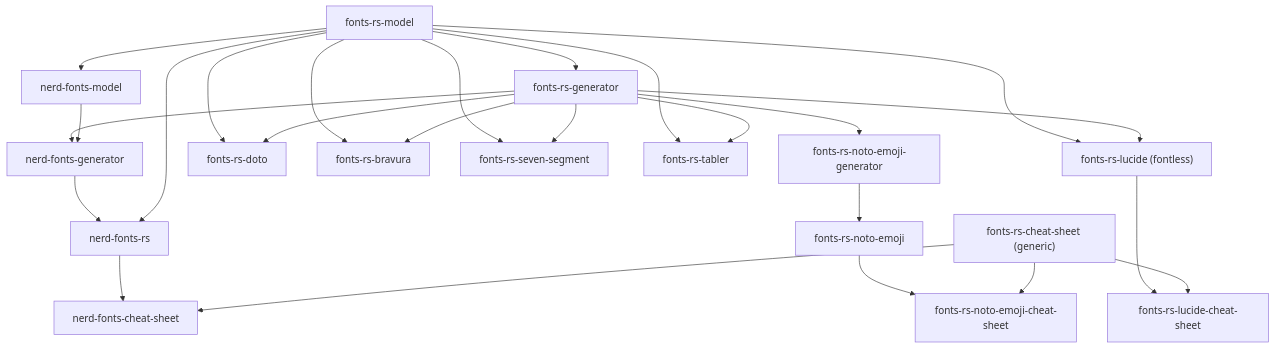
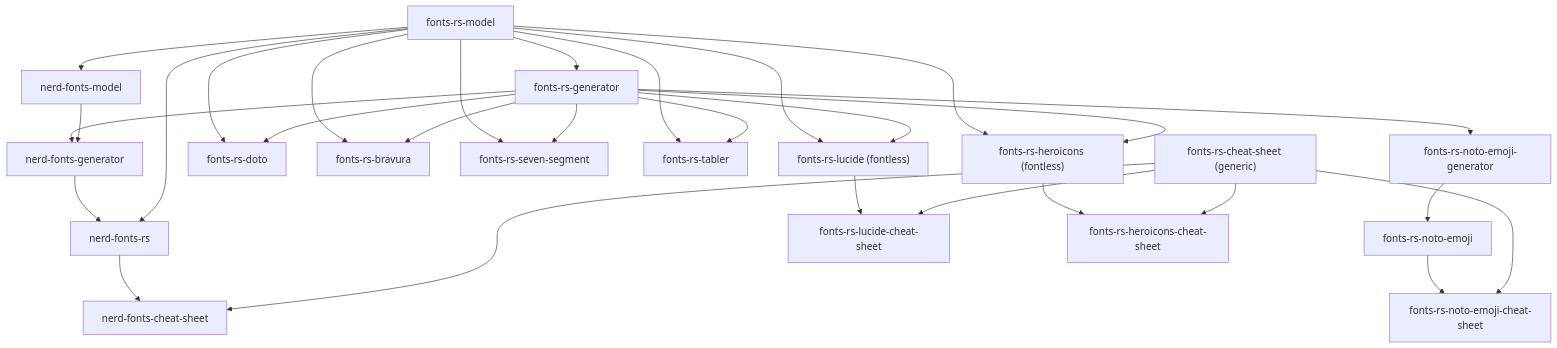
Before and after one commit to smearor/fonts-rs: the first of 3 diagrams in book/src/architecture.md, drawn with Mermaid. The commit also changed other lines of this file and 2 other files, not shown here.

````diff
--- a/book/src/architecture.md
+++ b/book/src/architecture.md
@@ -16,31 +16,35 @@
 ```mermaid
 graph TD
     Model["fonts-rs-model"] --> Gen["fonts-rs-generator"]
     Model --> NFModel["nerd-fonts-model"]
     Gen --> NFGen["nerd-fonts-generator"]
     NFModel --> NFGen
     Gen --> NotoGen["fonts-rs-noto-emoji-generator"]
 
     Model --> Doto["fonts-rs-doto"]
     Gen --> Doto
     Model --> Bravura["fonts-rs-bravura"]
     Gen --> Bravura
     Model --> Seven["fonts-rs-seven-segment"]
     Gen --> Seven
     Model --> Tabler["fonts-rs-tabler"]
     Gen --> Tabler
     Model --> Lucide["fonts-rs-lucide (fontless)"]
     Gen --> Lucide
+    Model --> Heroicons["fonts-rs-heroicons (fontless)"]
+    Gen --> Heroicons
 
     NotoGen --> NotoEmoji["fonts-rs-noto-emoji"]
     NFGen --> NFRs["nerd-fonts-rs"]
     Model --> NFRs
 
     CheatSheet["fonts-rs-cheat-sheet (generic)"]
     NotoEmoji --> NotoCS["fonts-rs-noto-emoji-cheat-sheet"]
     Lucide --> LucideCS["fonts-rs-lucide-cheat-sheet"]
+    Heroicons --> HeroiconsCS["fonts-rs-heroicons-cheat-sheet"]
     NFRs --> NFCS["nerd-fonts-cheat-sheet"]
     CheatSheet --> NotoCS
     CheatSheet --> LucideCS
+    CheatSheet --> HeroiconsCS
     CheatSheet --> NFCS
 ```
````
